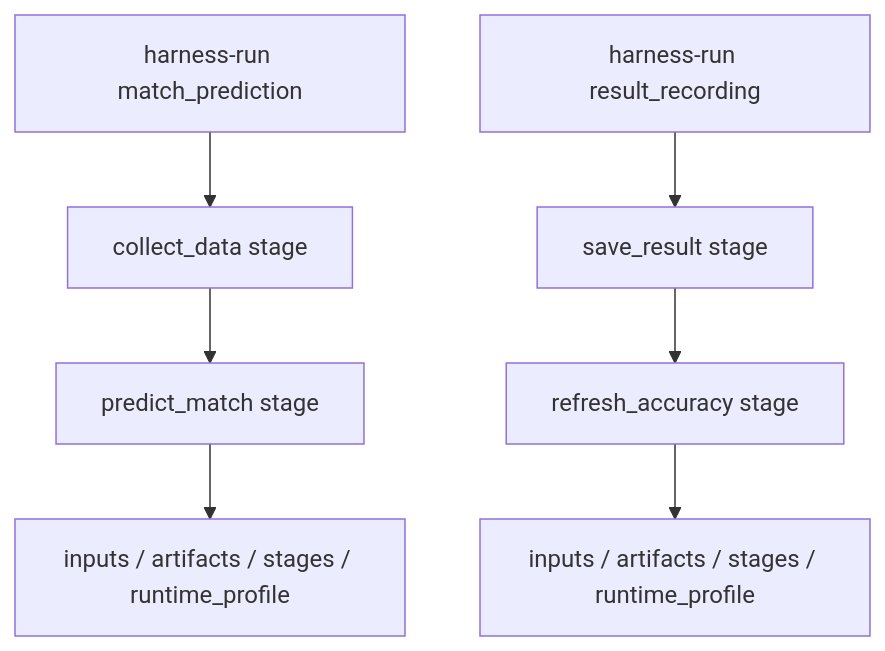
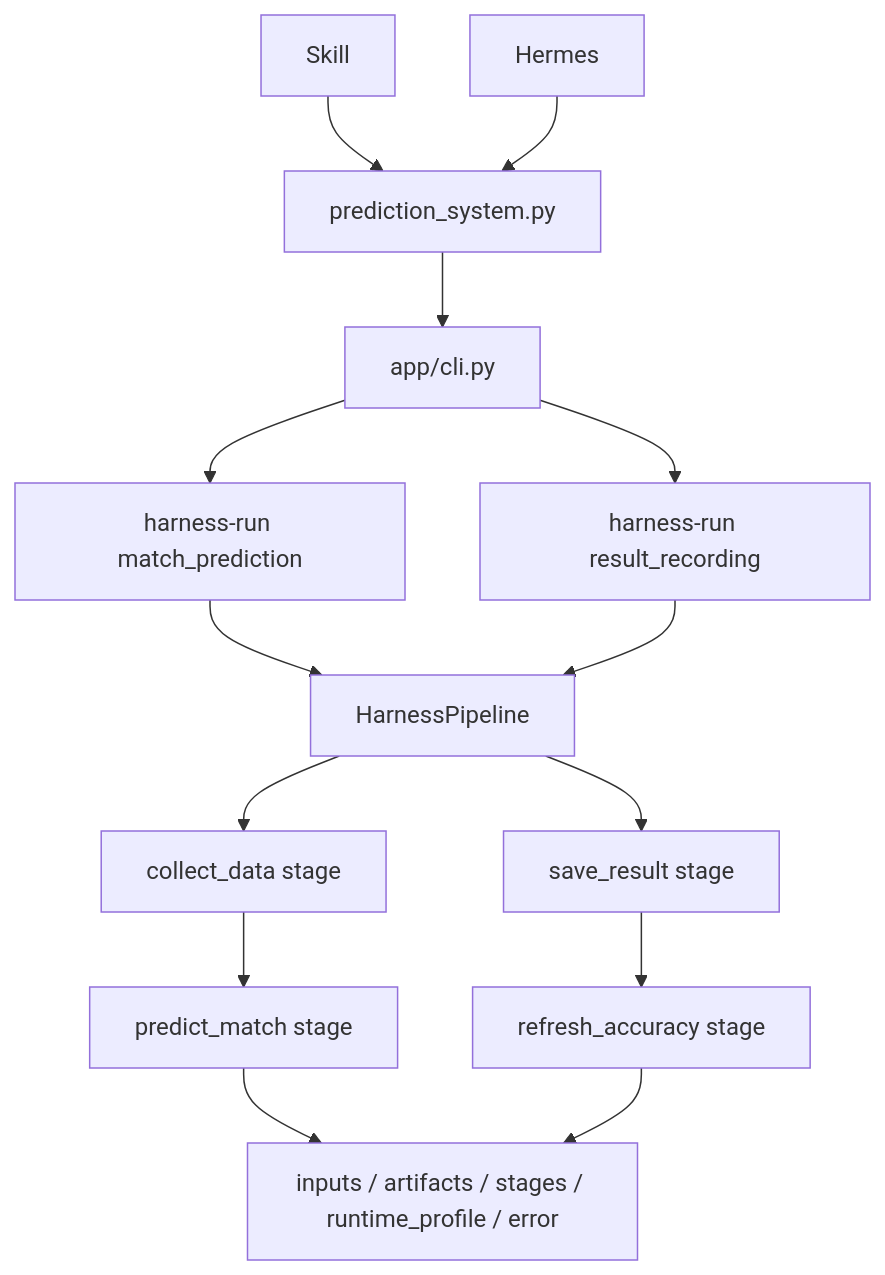
The fourth of 5 diagrams in docs/architecture/europe_leagues_architecture.md (LorenJun/trae_projects), drawn with Mermaid before and after one commit. The commit also changed other lines of this file and 28 other files, not shown here.

````diff
--- a/docs/architecture/europe_leagues_architecture.md
+++ b/docs/architecture/europe_leagues_architecture.md
@@ -358,10 +373,29 @@
 ```mermaid
 flowchart TB
-  H[harness-run match_prediction] --> S1[collect_data stage]
-  S1 --> S2[predict_match stage]
-  S2 --> OUT[inputs / artifacts / stages / runtime_profile]
+  Compat[prediction_system.py]
+  CLI[app/cli.py]
+  H1[harness-run match_prediction]
+  H2[harness-run result_recording]
+  P1[HarnessPipeline]
+  C1[collect_data stage]
+  C2[predict_match stage]
+  R1[save_result stage]
+  R2[refresh_accuracy stage]
+  OUT[inputs / artifacts / stages / runtime_profile / error]
+  Skill[Skill]
+  Hermes[Hermes]
 
-  R[harness-run result_recording] --> R1[save_result stage]
-  R1 --> R2[refresh_accuracy stage]
-  R2 --> ROUT[inputs / artifacts / stages / runtime_profile]
+  Skill --> Compat
+  Hermes --> Compat
+  Compat --> CLI
+  CLI --> H1
+  CLI --> H2
+  H1 --> P1
+  H2 --> P1
+  P1 --> C1
+  C1 --> C2
+  P1 --> R1
+  R1 --> R2
+  C2 --> OUT
+  R2 --> OUT
 ```
````
